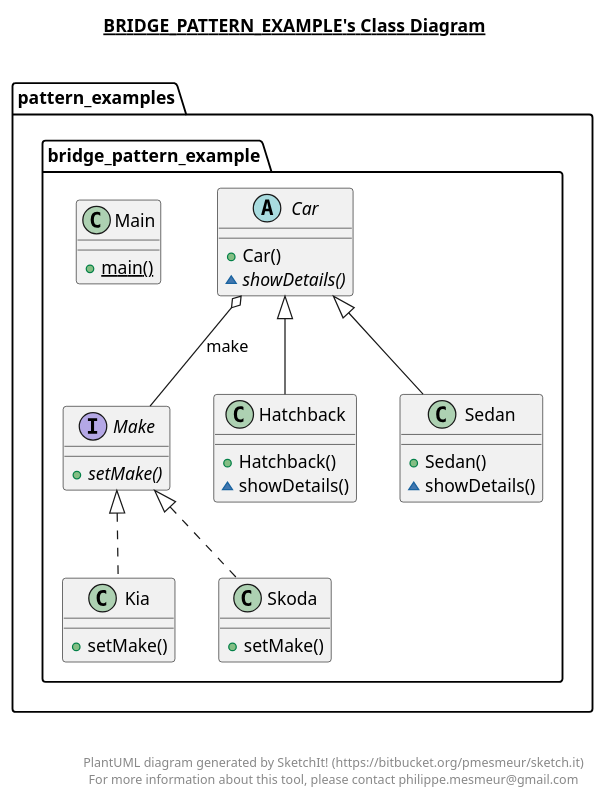
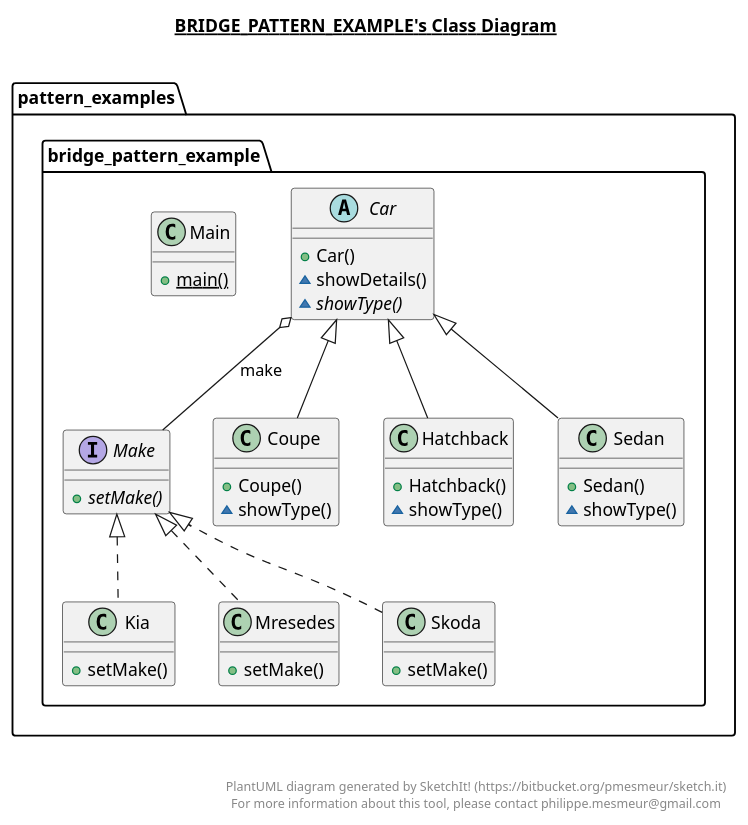
The diagram in src/pattern_examples/bridge_pattern_example/bridge_pattern_example.plantuml (ilyasikirytski/Chapter_23), drawn with PlantUML before and after one commit. The commit also changed 10 other files, not shown here.

Commit message:
decorator_pattern_example

```diff
--- a/src/pattern_examples/bridge_pattern_example/bridge_pattern_example.plantuml
+++ b/src/pattern_examples/bridge_pattern_example/bridge_pattern_example.plantuml
@@ -1,71 +1,89 @@
 @startuml
 
 title __BRIDGE_PATTERN_EXAMPLE's Class Diagram__\n
 
   namespace pattern_examples.bridge_pattern_example {
     abstract class pattern_examples.bridge_pattern_example.Car {
         + Car()
-        {abstract} ~ showDetails()
+        ~ showDetails()
+        {abstract} ~ showType()
+    }
+  }
+  
+
+  namespace pattern_examples.bridge_pattern_example {
+    class pattern_examples.bridge_pattern_example.Coupe {
+        + Coupe()
+        ~ showType()
     }
   }
   
 
   namespace pattern_examples.bridge_pattern_example {
     class pattern_examples.bridge_pattern_example.Hatchback {
         + Hatchback()
-        ~ showDetails()
+        ~ showType()
     }
   }
   
 
   namespace pattern_examples.bridge_pattern_example {
     class pattern_examples.bridge_pattern_example.Kia {
         + setMake()
     }
   }
   
 
   namespace pattern_examples.bridge_pattern_example {
     class pattern_examples.bridge_pattern_example.Main {
         {static} + main()
     }
   }
   
 
   namespace pattern_examples.bridge_pattern_example {
     interface pattern_examples.bridge_pattern_example.Make {
         {abstract} + setMake()
     }
   }
   
 
   namespace pattern_examples.bridge_pattern_example {
+    class pattern_examples.bridge_pattern_example.Mresedes {
+        + setMake()
+    }
+  }
+  
+
+  namespace pattern_examples.bridge_pattern_example {
     class pattern_examples.bridge_pattern_example.Sedan {
         + Sedan()
-        ~ showDetails()
+        ~ showType()
     }
   }
   
 
   namespace pattern_examples.bridge_pattern_example {
     class pattern_examples.bridge_pattern_example.Skoda {
         + setMake()
     }
   }
   
 
   pattern_examples.bridge_pattern_example.Car o-- pattern_examples.bridge_pattern_example.Make : make
+  pattern_examples.bridge_pattern_example.Coupe -up-|> pattern_examples.bridge_pattern_example.Car
   pattern_examples.bridge_pattern_example.Hatchback -up-|> pattern_examples.bridge_pattern_example.Car
   pattern_examples.bridge_pattern_example.Kia .up.|> pattern_examples.bridge_pattern_example.Make
+  pattern_examples.bridge_pattern_example.Mresedes .up.|> pattern_examples.bridge_pattern_example.Make
   pattern_examples.bridge_pattern_example.Sedan -up-|> pattern_examples.bridge_pattern_example.Car
   pattern_examples.bridge_pattern_example.Skoda .up.|> pattern_examples.bridge_pattern_example.Make
 
 
 right footer
 
 
 PlantUML diagram generated by SketchIt! (https://bitbucket.org/pmesmeur/sketch.it)
 For more information about this tool, please contact philippe.mesmeur@gmail.com
 endfooter
 
 @enduml
```
